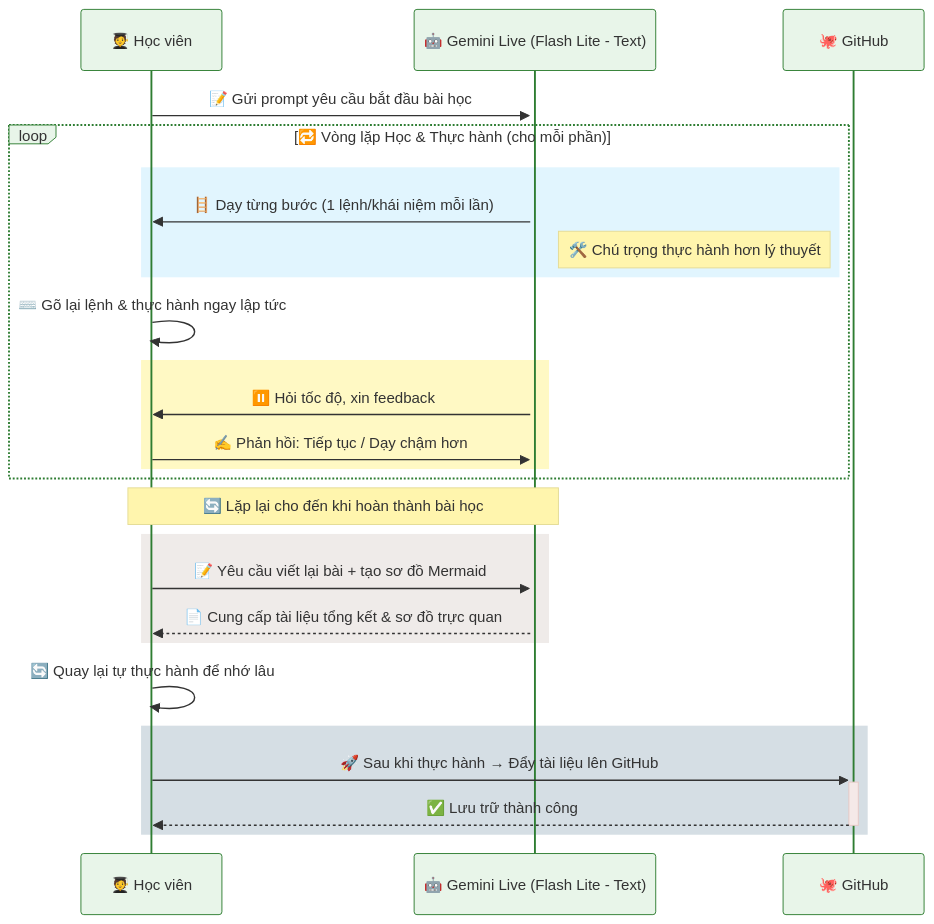
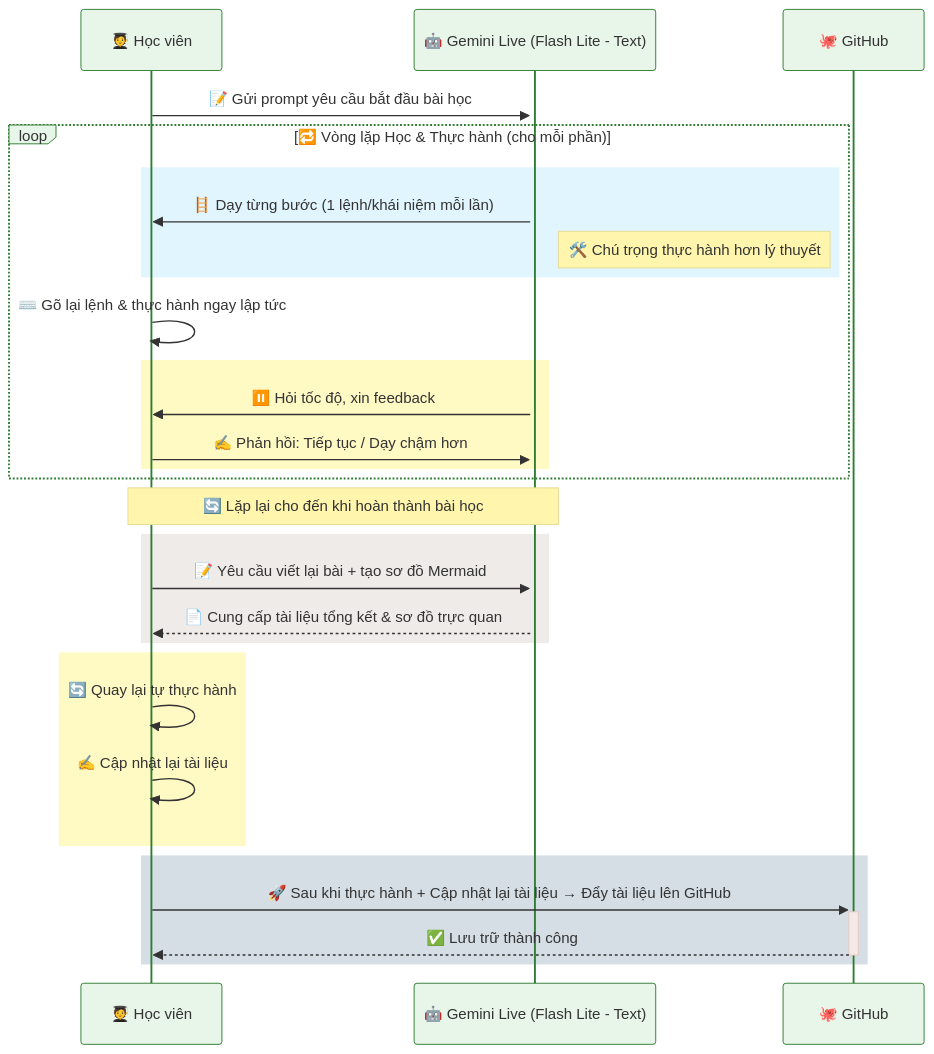
Before and after one commit to khanhnk-phuctho/lifelong-learning: the third of 5 diagrams in README.md, drawn with Mermaid.

````diff
--- a/README.md
+++ b/README.md
@@ -198,49 +198,52 @@
 ```mermaid
 %%{
   init: {
     "theme": "base",
     "themeVariables": {
       "background": "#f5f5f5",
       "primaryColor": "#e8f5e9",
       "actorBorder": "#2e7d32",
       "messageTextColor": "#1b5e20"
     }
   }
 }%%
 sequenceDiagram
     participant HV as 🧑‍🎓 Học viên
     participant GL as 🤖 Gemini Live (Flash Lite - Text)
     participant GH as 🐙 GitHub
 
     HV->>+GL: 📝 Gửi prompt yêu cầu bắt đầu bài học
 
     loop 🔁 Vòng lặp Học & Thực hành (cho mỗi phần)
         
         rect rgb(225, 245, 254)
             GL->>HV: 🪜 Dạy từng bước (1 lệnh/khái niệm mỗi lần)
             Note right of GL: 🛠️ Chú trọng thực hành hơn lý thuyết
         end
 
         HV->>HV: ⌨️ Gõ lại lệnh & thực hành ngay lập tức
 
         rect rgb(255, 249, 196)
             GL->>HV: ⏸️ Hỏi tốc độ, xin feedback
             HV->>GL: ✍️ Phản hồi: Tiếp tục / Dạy chậm hơn
         end
 
     end
     
     Note over HV,GL: 🔄 Lặp lại cho đến khi hoàn thành bài học
 
     rect rgb(239, 235, 233)
         HV->>GL: 📝 Yêu cầu viết lại bài + tạo sơ đồ Mermaid
         GL-->>HV: 📄 Cung cấp tài liệu tổng kết & sơ đồ trực quan
     end
 
-    HV->>HV: 🔄 Quay lại tự thực hành để nhớ lâu
+    rect rgb(255, 249, 196)
+        HV->>HV: 🔄 Quay lại tự thực hành
+        HV->>HV: ✍️ Cập nhật lại tài liệu
+    end
 
     rect rgb(213, 222, 228)
-        HV->>+GH: 🚀 Sau khi thực hành → Đẩy tài liệu lên GitHub
+        HV->>+GH: 🚀 Sau khi thực hành + Cập nhật lại tài liệu → Đẩy tài liệu lên GitHub
         GH-->>-HV: ✅ Lưu trữ thành công
     end
 ```
````
